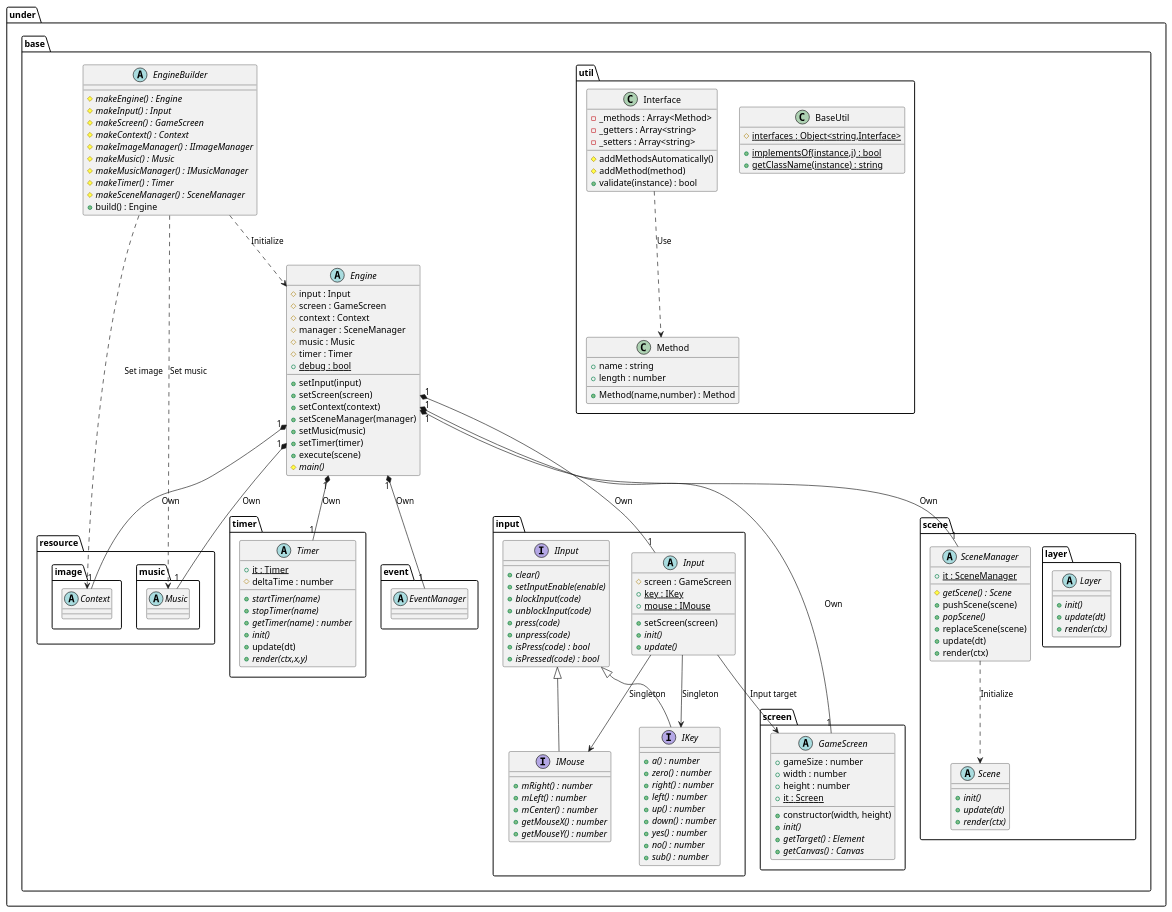
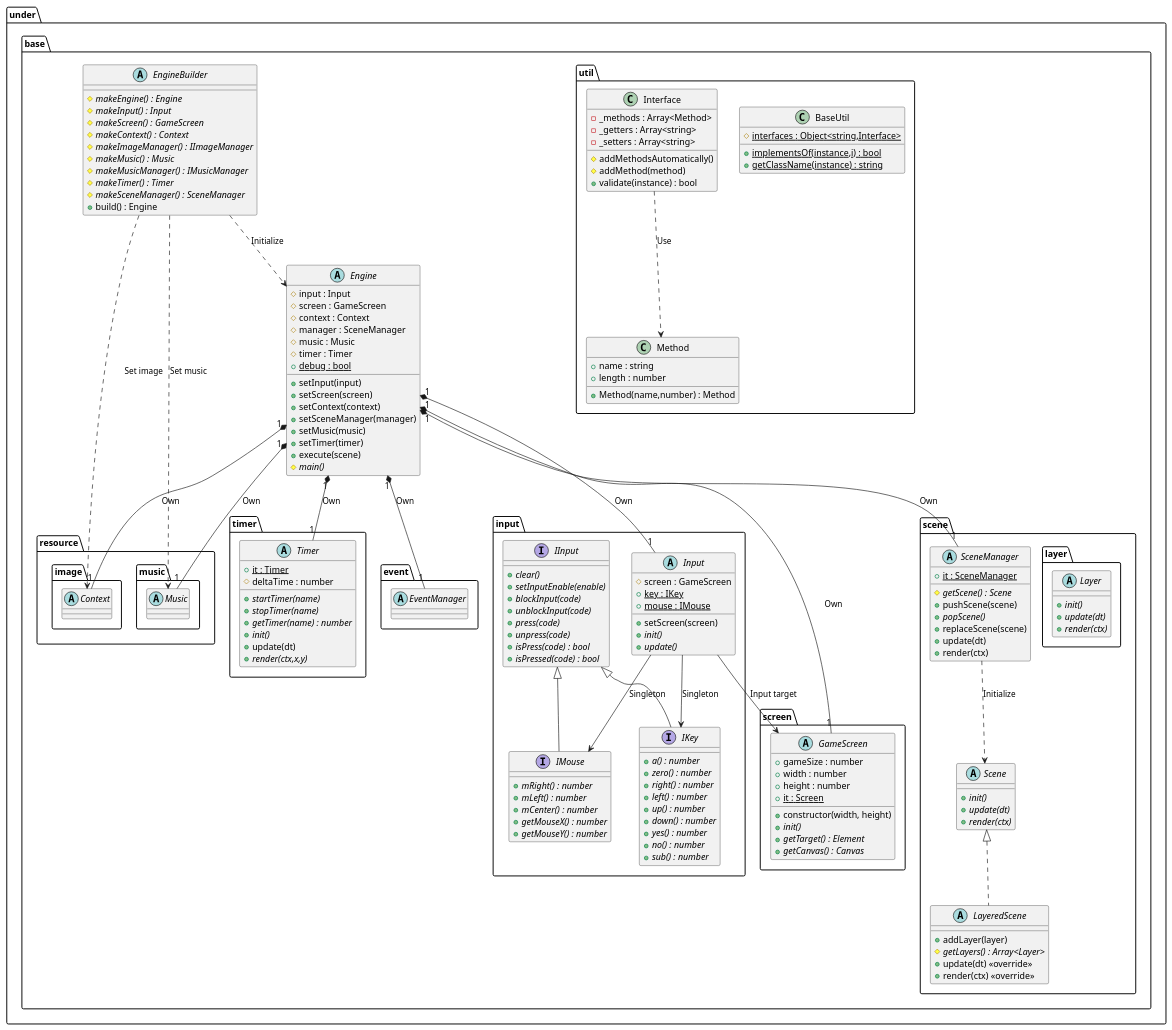
One commit to Expine/Under changed the diagram in uml/gamebase/Base.wsd. Above: the diagram before and after it, drawn with PlantUML. The commit also changed 22 other files, not shown here.

```diff
--- a/uml/gamebase/Base.wsd
+++ b/uml/gamebase/Base.wsd
@@ -1,191 +1,199 @@
 @startuml GameBaseBase
 
 package under {
     package base {
         abstract EngineBuilder {
             {abstract} #makeEngine() : Engine
             {abstract} #makeInput() : Input
             {abstract} #makeScreen() : GameScreen
             {abstract} #makeContext() : Context
             {abstract} #makeImageManager() : IImageManager
             {abstract} #makeMusic() : Music
             {abstract} #makeMusicManager() : IMusicManager
             {abstract} #makeTimer() : Timer
             {abstract} #makeSceneManager() : SceneManager
             +build() : Engine
         }
         abstract Engine {
             #input : Input
             #screen : GameScreen
             #context : Context
             #manager : SceneManager
             #music : Music
             #timer : Timer
             {static} +debug : bool
             +setInput(input)
             +setScreen(screen)
             +setContext(context)
             +setSceneManager(manager)
             +setMusic(music)
             +setTimer(timer)
             +execute(scene)
             {abstract} #main()
         }
 
         package input {
             abstract Input {
                 #screen : GameScreen
                 {static} +key : IKey /' Singleton '/
                 {static} +mouse : IMouse /' Singleton '/
                 +setScreen(screen)
                 {abstract} +init()
                 {abstract} +update()
             }
 
             interface IInput {
                 {abstract} +clear()
                 {abstract} +setInputEnable(enable)
                 {abstract} +blockInput(code)
                 {abstract} +unblockInput(code)
                 {abstract} +press(code)
                 {abstract} +unpress(code)
                 {abstract} +isPress(code) : bool
                 {abstract} +isPressed(code) : bool
             }
 
             interface IKey {
                 {abstract} +a() : number
                 {abstract} +zero() : number
                 {abstract} +right() : number
                 {abstract} +left() : number
                 {abstract} +up() : number
                 {abstract} +down() : number
                 {abstract} +yes() : number
                 {abstract} +no() : number
                 {abstract} +sub() : number
             }
 
             interface IMouse {
                 {abstract} +mRight() : number
                 {abstract} +mLeft() : number
                 {abstract} +mCenter() : number
                 {abstract} +getMouseX() : number
                 {abstract} +getMouseY() : number
             }
         }
 
         package screen {
             abstract GameScreen {
                 +constructor(width, height)
                 +gameSize : number
                 +width : number
                 +height : number
                 {static} +it : Screen /' Singleton '/
                 {abstract} +init()
                 {abstract} +getTarget() : Element
                 {abstract} +getCanvas() : Canvas
             }
         }
 
         package scene {
             abstract SceneManager {
                 {static} +it : SceneManager /' Singleton '/
                 {abstract} #getScene() : Scene
                 +pushScene(scene)
                 {abstract} +popScene()
                 +replaceScene(scene)
                 +update(dt)
                 +render(ctx)
             }
             abstract Scene {
                 {abstract} +init()
                 {abstract} +update(dt)
                 {abstract} +render(ctx)
             }
+            abstract LayeredScene {
+                +addLayer(layer)
+                {abstract} #getLayers() : Array<Layer>
+                +update(dt) <<override>>
+                +render(ctx) <<override>>
+            }
 
             package layer {
                 abstract Layer {
                     {abstract} +init()
                     {abstract} +update(dt)
                     {abstract} +render(ctx)
                 }
             }
         }
 
         package timer {
             abstract Timer {
                 {static} +it : Timer /' Singleton '/
                 #deltaTime : number
                 {abstract} +startTimer(name)
                 {abstract} +stopTimer(name)
                 {abstract} +getTimer(name) : number
                 {abstract} +init()
                 +update(dt)
                 {abstract} +render(ctx,x,y)
             }
         }
 
         package util {
             class BaseUtil {
                 {static} #interfaces : Object<string,Interface>
                 {static} +implementsOf(instance,i) : bool
                 {static} +getClassName(instance) : string
             }
             class Interface {
                 -_methods : Array<Method>
                 -_getters : Array<string>
                 -_setters : Array<string>
                 #addMethodsAutomatically()
                 #addMethod(method)
                 +validate(instance) : bool
             }
             class Method {
                 +Method(name,number) : Method
                 +name : string
                 +length : number
             }
         }
     }
 }
 
 package under {
     package base {
         package resource {
             package music {
                 abstract Music
             }
             package image {
                 abstract Context
             }
         }
 
         package event {
             abstract EventManager
         }
     }
 }
 
 EngineBuilder ..> Engine : Initialize
 EngineBuilder ..> Context : Set image
 EngineBuilder ..> Music : Set music
 Engine "1"*-- "1" Input : Own
 Engine "1"*-- "1" GameScreen : Own
 Engine "1"*-- "1" Context : Own
 Engine "1"*-- "1" SceneManager : Own
 Engine "1"*-- "1" Music : Own
 Engine "1"*-- "1" Timer : Own
 Engine "1"*-- "1" EventManager : Own
 
 Input --> GameScreen : Input target
 
 Input --> IKey : Singleton
 Input --> IMouse : Singleton
 
 SceneManager ..> Scene : Initialize
 
 Interface ..> Method : Use
 
 IInput <|-- IKey
 IInput <|-- IMouse
 
+Scene <|.. LayeredScene
+
 @enduml
```
